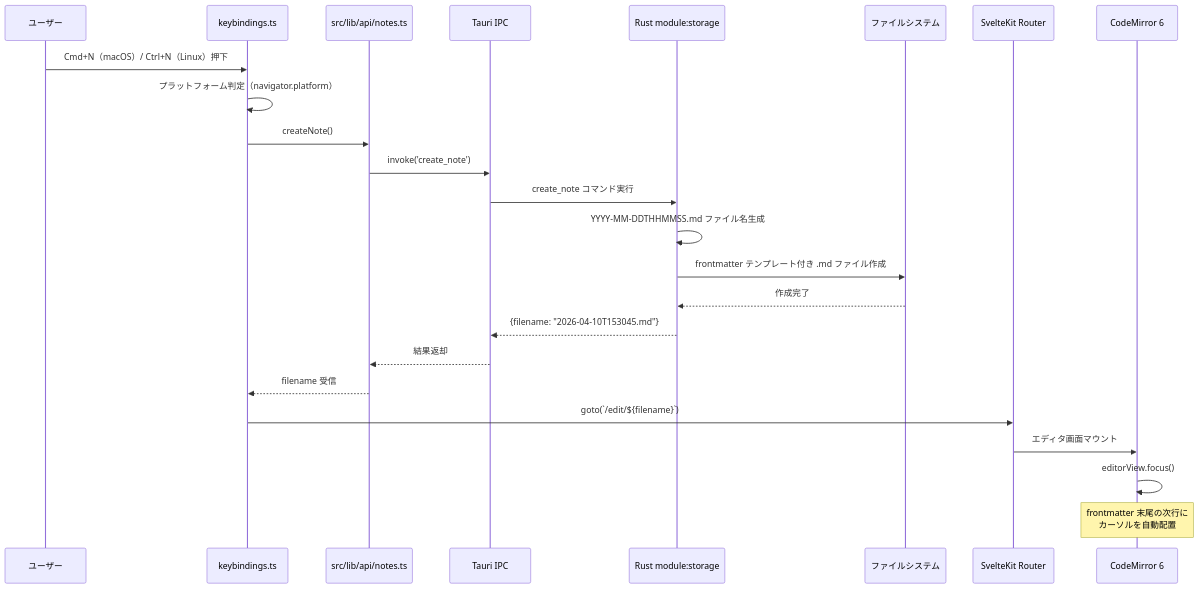
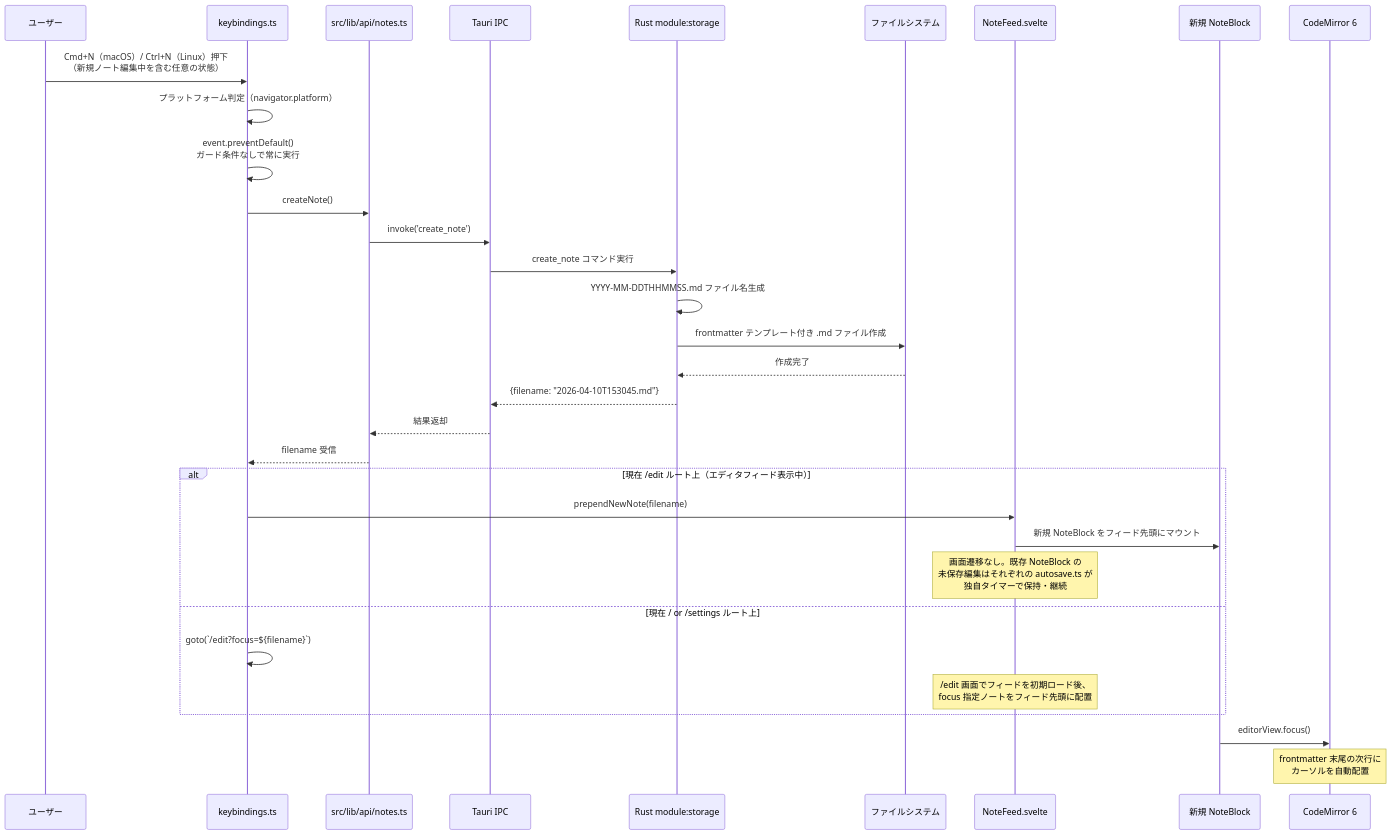
One commit to dev-komenzar/prompt-notes changed the third of 6 diagrams in docs/detailed_design/editor_clipboard_design.md. Above: the diagram before and after it, drawn with Mermaid. The commit also changed other lines of this file and 6 other files, not shown here.

````diff
--- a/docs/detailed_design/editor_clipboard_design.md
+++ b/docs/detailed_design/editor_clipboard_design.md
@@ -122,27 +133,37 @@
 ```mermaid
 sequenceDiagram
     participant User as ユーザー
     participant KB as keybindings.ts
     participant API as src/lib/api/notes.ts
     participant IPC as Tauri IPC
     participant RS as Rust module:storage
     participant FS as ファイルシステム
-    participant Router as SvelteKit Router
+    participant Feed as NoteFeed.svelte
+    participant Block as 新規 NoteBlock
     participant CM as CodeMirror 6
 
-    User->>KB: Cmd+N（macOS）/ Ctrl+N（Linux）押下
+    User->>KB: Cmd+N（macOS）/ Ctrl+N（Linux）押下<br/>（新規ノート編集中を含む任意の状態）
     KB->>KB: プラットフォーム判定（navigator.platform）
+    KB->>KB: event.preventDefault()<br/>ガード条件なしで常に実行
     KB->>API: createNote()
     API->>IPC: invoke('create_note')
     IPC->>RS: create_note コマンド実行
     RS->>RS: YYYY-MM-DDTHHMMSS.md ファイル名生成
     RS->>FS: frontmatter テンプレート付き .md ファイル作成
     FS-->>RS: 作成完了
     RS-->>IPC: {filename: "2026-04-10T153045.md"}
     IPC-->>API: 結果返却
     API-->>KB: filename 受信
-    KB->>Router: goto(`/edit/${filename}`)
-    Router->>CM: エディタ画面マウント
-    CM->>CM: editorView.focus()
+
+    alt 現在 /edit ルート上（エディタフィード表示中）
+        KB->>Feed: prependNewNote(filename)
+        Feed->>Block: 新規 NoteBlock をフィード先頭にマウント
+        Note over Feed: 画面遷移なし。既存 NoteBlock の<br/>未保存編集はそれぞれの autosave.ts が<br/>独自タイマーで保持・継続
+    else 現在 / or /settings ルート上
+        KB->>KB: goto(`/edit?focus=${filename}`)
+        Note over Feed: /edit 画面でフィードを初期ロード後、<br/>focus 指定ノートをフィード先頭に配置
+    end
+
+    Block->>CM: editorView.focus()
     Note over CM: frontmatter 末尾の次行に<br/>カーソルを自動配置
 ```
````
